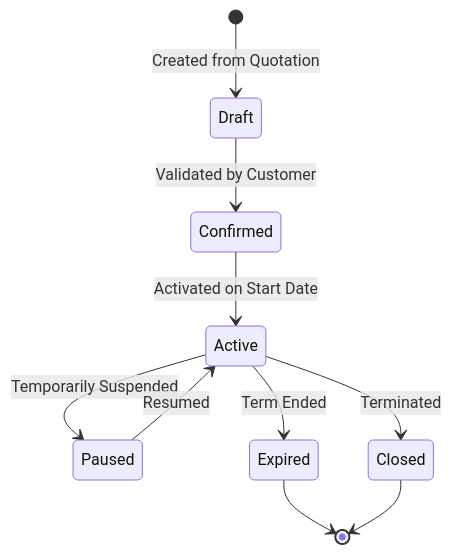
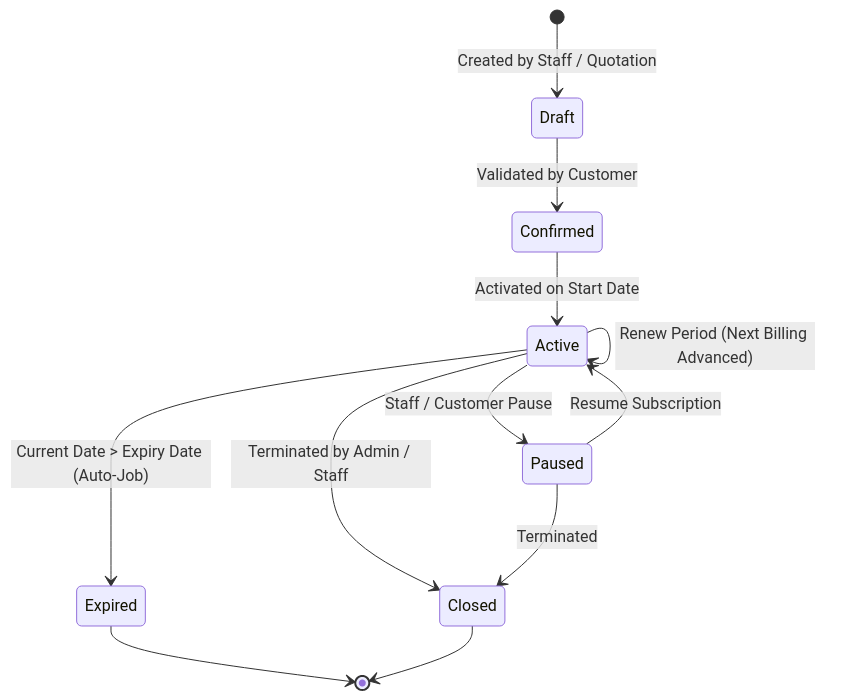
The third of 6 diagrams in README.md (tc484472-byte/odoo), drawn with Mermaid before and after one commit. The commit also changed other lines of this file, not shown here.

Commit message:
Readme diagram updation

````diff
--- a/README.md
+++ b/README.md
@@ -189,12 +224,18 @@
 ```mermaid
 stateDiagram-v2
-    [*] --> Draft: Created from Quotation
+    [*] --> Draft: Created by Staff / Quotation
     Draft --> Confirmed: Validated by Customer
     Confirmed --> Active: Activated on Start Date
-    Active --> Paused: Temporarily Suspended
-    Paused --> Active: Resumed
-    Active --> Expired: Term Ended
-    Active --> Closed: Terminated
+    
+    Active --> Paused: Staff / Customer Pause
+    Paused --> Active: Resume Subscription
+    
+    Active --> Active: Renew Period (Next Billing Advanced)
+    Active --> Expired: Current Date > Expiry Date (Auto-Job)
+    
+    Active --> Closed: Terminated by Admin / Staff
+    Paused --> Closed: Terminated
+    
     Expired --> [*]
     Closed --> [*]
 ```
````
